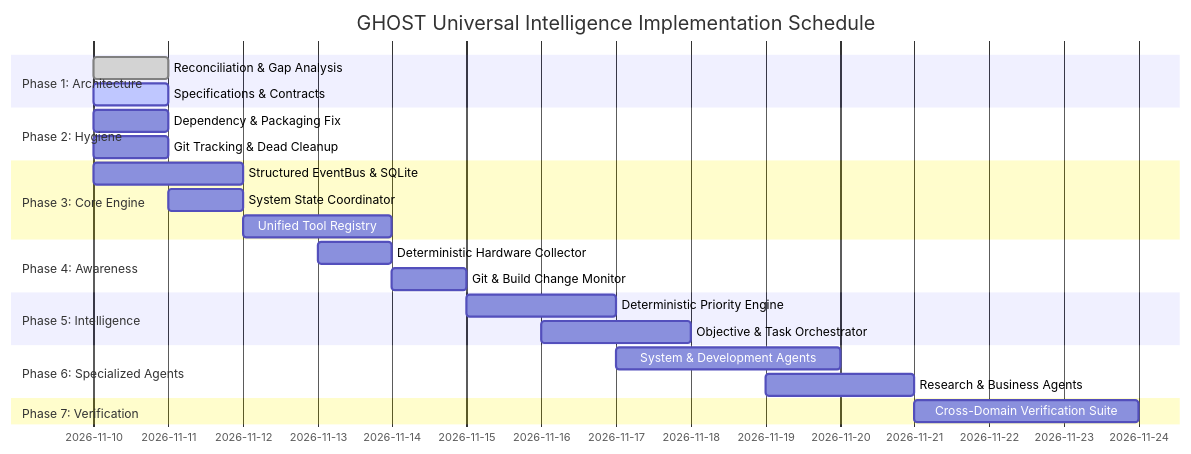
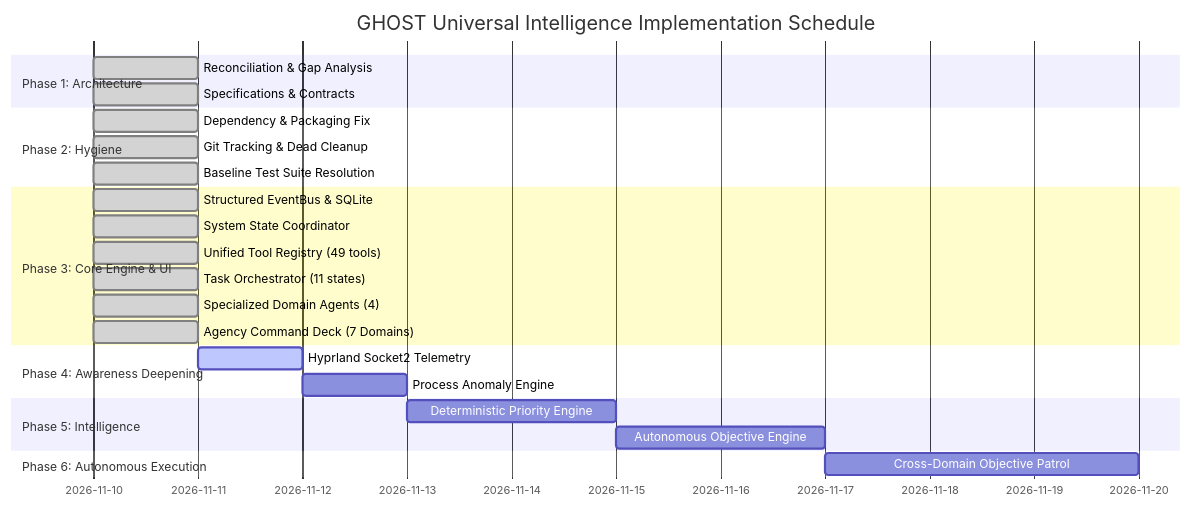
The diagram in IMPLEMENTATION_ROADMAP.md (Spacehat123/GHOST), drawn with Mermaid before and after one commit. The commit also changed other lines of this file and 411 other files, not shown here.

````diff
--- a/IMPLEMENTATION_ROADMAP.md
+++ b/IMPLEMENTATION_ROADMAP.md
@@ -22,26 +22,27 @@
 ```mermaid
 gantt
     title GHOST Universal Intelligence Implementation Schedule
     dateFormat  YYYY-MM-DD
     section Phase 1: Architecture
     Reconciliation & Gap Analysis   :done, p1, 2026-11-10, 1d
-    Specifications & Contracts     :active, p1_sub, 2026-11-10, 1d
+    Specifications & Contracts     :done, p1_sub, 2026-11-10, 1d
     section Phase 2: Hygiene
-    Dependency & Packaging Fix      :p2, 2026-11-10, 1d
-    Git Tracking & Dead Cleanup    :p2_sub, 2026-11-10, 1d
-    section Phase 3: Core Engine
-    Structured EventBus & SQLite   :p3_1, 2026-11-10, 2d
-    System State Coordinator       :p3_2, 2026-11-11, 1d
-    Unified Tool Registry          :p3_3, 2026-11-12, 2d
-    section Phase 4: Awareness
-    Deterministic Hardware Collector:p4_1, 2026-11-13, 1d
-    Git & Build Change Monitor     :p4_2, 2026-11-14, 1d
+    Dependency & Packaging Fix      :done, p2, 2026-11-10, 1d
+    Git Tracking & Dead Cleanup    :done, p2_sub, 2026-11-10, 1d
+    Baseline Test Suite Resolution :done, p2_tests, 2026-11-10, 1d
+    section Phase 3: Core Engine & UI
+    Structured EventBus & SQLite   :done, p3_1, 2026-11-10, 1d
+    System State Coordinator       :done, p3_2, 2026-11-10, 1d
+    Unified Tool Registry (49 tools):done, p3_3, 2026-11-10, 1d
+    Task Orchestrator (11 states)  :done, p3_4, 2026-11-10, 1d
+    Specialized Domain Agents (4)  :done, p3_5, 2026-11-10, 1d
+    Agency Command Deck (7 Domains):done, p3_ui, 2026-11-10, 1d
+    section Phase 4: Awareness Deepening
+    Hyprland Socket2 Telemetry     :active, p4_1, 2026-11-11, 1d
+    Process Anomaly Engine         :p4_2, 2026-11-12, 1d
     section Phase 5: Intelligence
-    Deterministic Priority Engine  :p5_1, 2026-11-15, 2d
-    Objective & Task Orchestrator  :p5_2, 2026-11-16, 2d
-    section Phase 6: Specialized Agents
-    System & Development Agents    :p6_1, 2026-11-17, 3d
-    Research & Business Agents     :p6_2, 2026-11-19, 2d
-    section Phase 7: Verification
-    Cross-Domain Verification Suite:p7_1, 2026-11-21, 3d
+    Deterministic Priority Engine  :p5_1, 2026-11-13, 2d
+    Autonomous Objective Engine    :p5_2, 2026-11-15, 2d
+    section Phase 6: Autonomous Execution
+    Cross-Domain Objective Patrol  :p6_1, 2026-11-17, 3d
 ```
````
